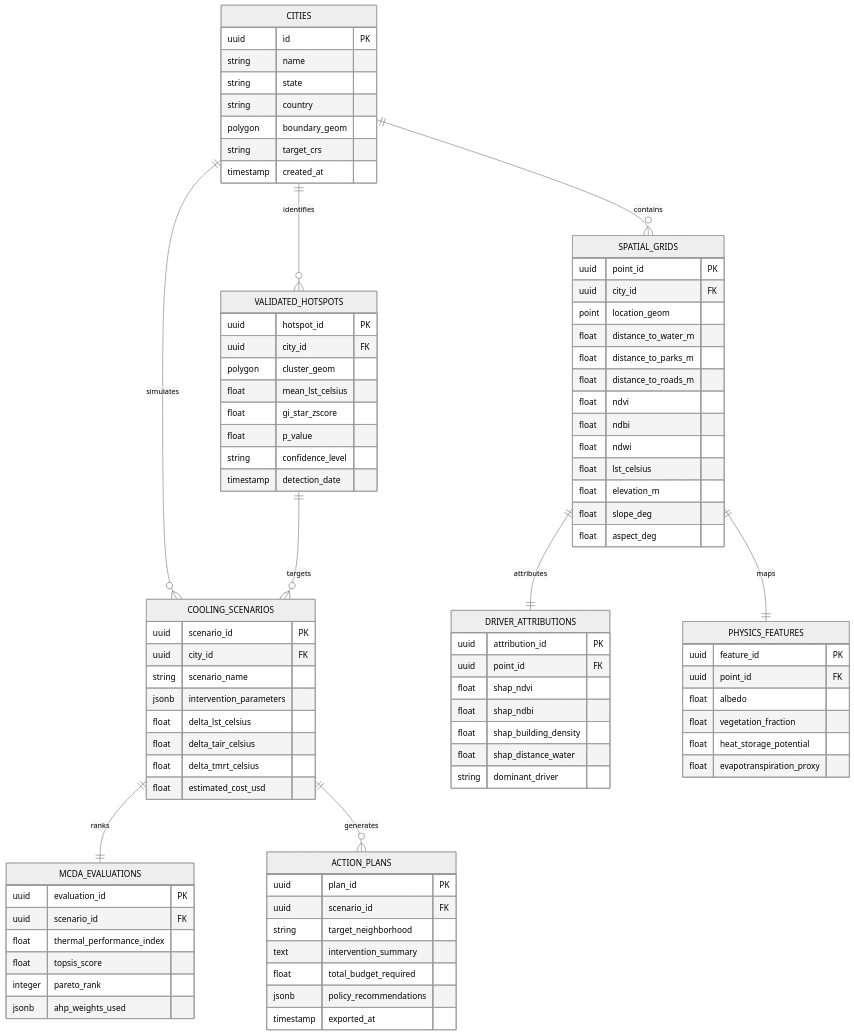
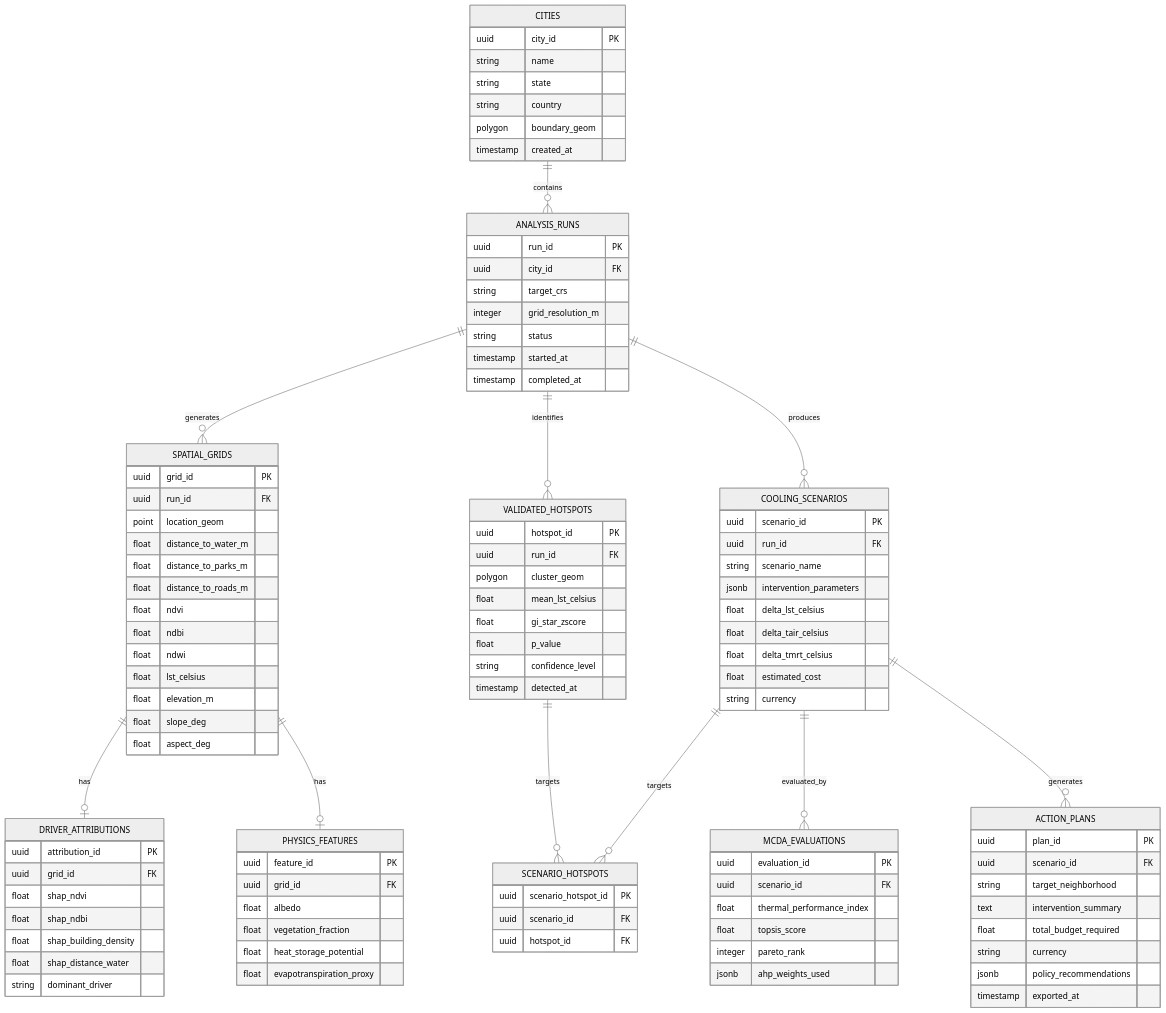
One commit to Joel-Masilamani/Boreas_Nexus changed the seventh of 8 diagrams in README.md. Above: the diagram before and after it, drawn with Mermaid (neutral theme). The commit also changed other lines of this file, not shown here.

First line of the commit message:
Update README with new EER diagram and SQL changes

````diff
--- a/README.md
+++ b/README.md
@@ -784,30 +758,44 @@
 ```mermaid
 erDiagram
-    CITIES ||--o{ SPATIAL_GRIDS : contains
-    CITIES ||--o{ VALIDATED_HOTSPOTS : identifies
-    CITIES ||--o{ COOLING_SCENARIOS : simulates
-    
-    SPATIAL_GRIDS ||--|| DRIVER_ATTRIBUTIONS : attributes
-    SPATIAL_GRIDS ||--|| PHYSICS_FEATURES : maps
-    
-    VALIDATED_HOTSPOTS ||--o{ COOLING_SCENARIOS : targets
-    
-    COOLING_SCENARIOS ||--|| MCDA_EVALUATIONS : ranks
+
+    CITIES ||--o{ ANALYSIS_RUNS : contains
+
+    ANALYSIS_RUNS ||--o{ SPATIAL_GRIDS : generates
+    ANALYSIS_RUNS ||--o{ VALIDATED_HOTSPOTS : identifies
+    ANALYSIS_RUNS ||--o{ COOLING_SCENARIOS : produces
+
+    SPATIAL_GRIDS ||--o| DRIVER_ATTRIBUTIONS : has
+    SPATIAL_GRIDS ||--o| PHYSICS_FEATURES : has
+
+    VALIDATED_HOTSPOTS ||--o{ SCENARIO_HOTSPOTS : targets
+    COOLING_SCENARIOS ||--o{ SCENARIO_HOTSPOTS : targets
+
+    COOLING_SCENARIOS ||--o{ MCDA_EVALUATIONS : evaluated_by
+
     COOLING_SCENARIOS ||--o{ ACTION_PLANS : generates
 
     CITIES {
-        uuid id PK
+        uuid city_id PK
         string name
         string state
         string country
         polygon boundary_geom
-        string target_crs
         timestamp created_at
     }
 
+    ANALYSIS_RUNS {
+        uuid run_id PK
+        uuid city_id FK
+        string target_crs
+        integer grid_resolution_m
+        string status
+        timestamp started_at
+        timestamp completed_at
+    }
+
     SPATIAL_GRIDS {
-        uuid point_id PK
-        uuid city_id FK
+        uuid grid_id PK
+        uuid run_id FK
         point location_geom
         float distance_to_water_m
         float distance_to_parks_m
@@ -823,18 +811,18 @@
 
     VALIDATED_HOTSPOTS {
         uuid hotspot_id PK
-        uuid city_id FK
+        uuid run_id FK
         polygon cluster_geom
         float mean_lst_celsius
         float gi_star_zscore
         float p_value
         string confidence_level
-        timestamp detection_date
+        timestamp detected_at
     }
 
     DRIVER_ATTRIBUTIONS {
         uuid attribution_id PK
-        uuid point_id FK
+        uuid grid_id FK
         float shap_ndvi
         float shap_ndbi
         float shap_building_density
@@ -844,7 +832,7 @@
 
     PHYSICS_FEATURES {
         uuid feature_id PK
-        uuid point_id FK
+        uuid grid_id FK
         float albedo
         float vegetation_fraction
         float heat_storage_potential
@@ -853,13 +841,20 @@
 
     COOLING_SCENARIOS {
         uuid scenario_id PK
-        uuid city_id FK
+        uuid run_id FK
         string scenario_name
         jsonb intervention_parameters
         float delta_lst_celsius
         float delta_tair_celsius
         float delta_tmrt_celsius
-        float estimated_cost_usd
+        float estimated_cost
+        string currency
+    }
+
+    SCENARIO_HOTSPOTS {
+        uuid scenario_hotspot_id PK
+        uuid scenario_id FK
+        uuid hotspot_id FK
     }
 
     MCDA_EVALUATIONS {
@@ -877,6 +872,7 @@
         string target_neighborhood
         text intervention_summary
         float total_budget_required
+        string currency
         jsonb policy_recommendations
         timestamp exported_at
     }
````
